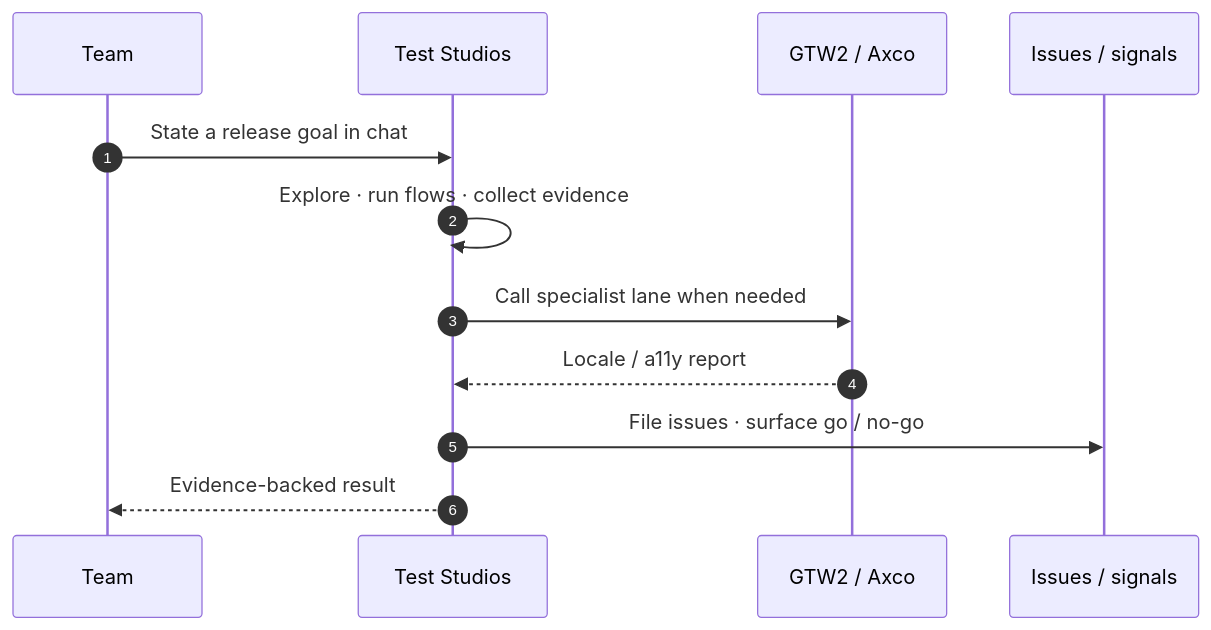
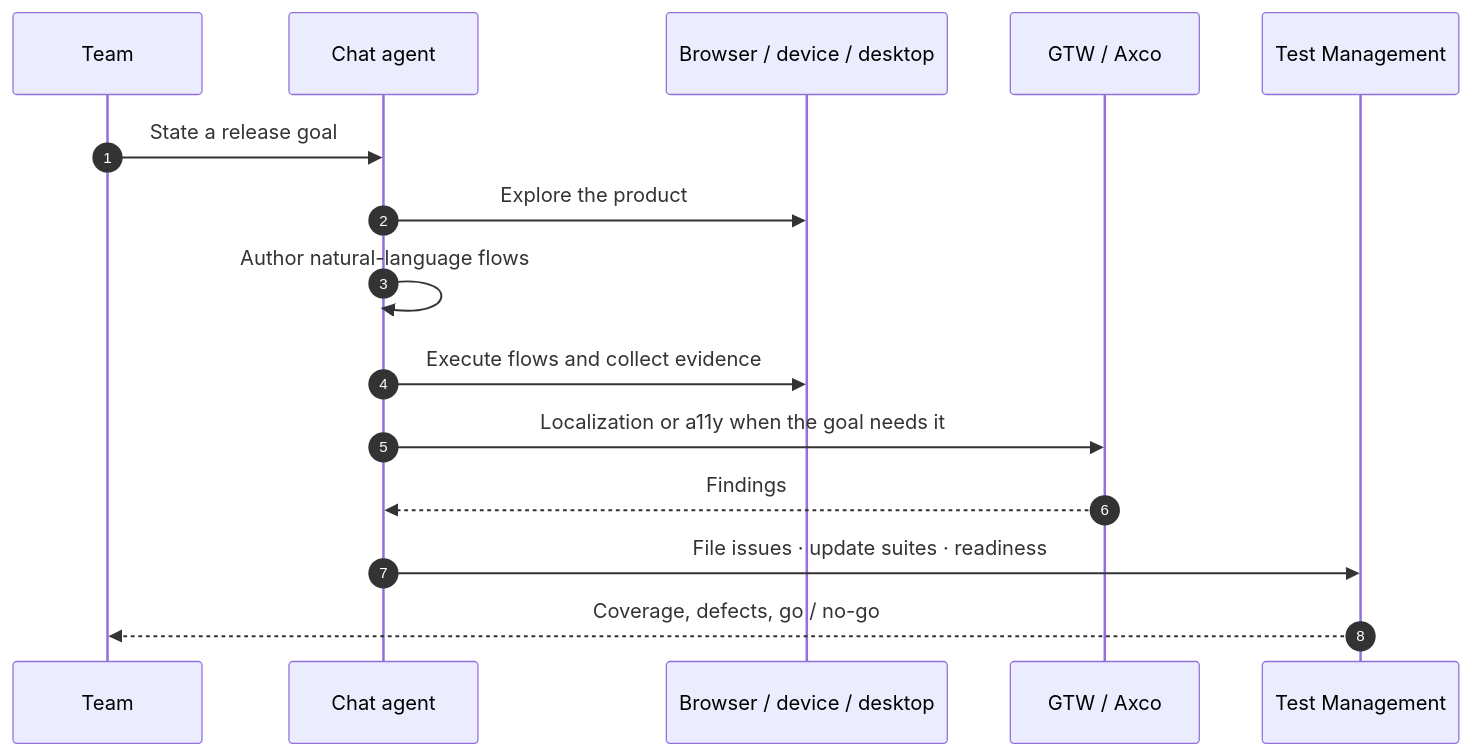
The second of 2 diagrams in profile/README.md (kadeep-ai/.github), drawn with Mermaid before and after one commit. The commit also changed other lines of this file, not shown here.

````diff
--- a/profile/README.md
+++ b/profile/README.md
@@ -181,15 +85,18 @@
 ```mermaid
 sequenceDiagram
     autonumber
-    participant Dev as Team
-    participant TS as Test Studios
-    participant Spec as GTW2 / Axco
-    participant Out as Issues / signals
+    participant Team
+    participant Agent as Chat agent
+    participant Runtime as Browser / device / desktop
+    participant Modules as GTW / Axco
+    participant TM as Test Management
 
-    Dev->>TS: State a release goal in chat
-    TS->>TS: Explore · run flows · collect evidence
-    TS->>Spec: Call specialist lane when needed
-    Spec-->>TS: Locale / a11y report
-    TS->>Out: File issues · surface go / no-go
-    TS-->>Dev: Evidence-backed result
+    Team->>Agent: State a release goal
+    Agent->>Runtime: Explore the product
+    Agent->>Agent: Author natural-language flows
+    Agent->>Runtime: Execute flows and collect evidence
+    Agent->>Modules: Localization or a11y when the goal needs it
+    Modules-->>Agent: Findings
+    Agent->>TM: File issues · update suites · readiness
+    TM-->>Team: Coverage, defects, go / no-go
 ```
````
